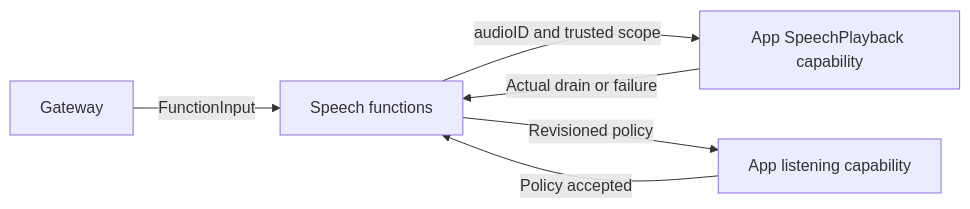
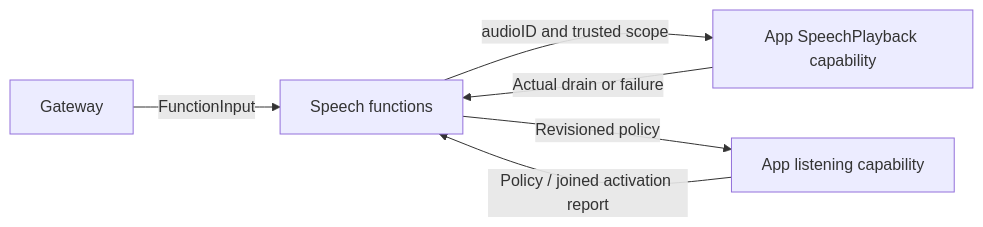
The diagram in MobileHarness/Actions/Speech/README.md (devilyouwei/MobileHarness), drawn with Mermaid before and after one commit. The commit also changed other lines of this file and 456 other files, not shown here.

````diff
--- a/MobileHarness/Actions/Speech/README.md
+++ b/MobileHarness/Actions/Speech/README.md
@@ -15,8 +15,8 @@
 ```mermaid
 flowchart LR
  Gateway -->|FunctionInput| Speech[Speech functions]
  Speech -->|audioID and trusted scope| Playback[App SpeechPlayback capability]
  Speech -->|Revisioned policy| Listening[App listening capability]
  Playback -->|Actual drain or failure| Speech
- Listening -->|Policy accepted| Speech
+ Listening -->|Policy / joined activation report| Speech
 ```
````
